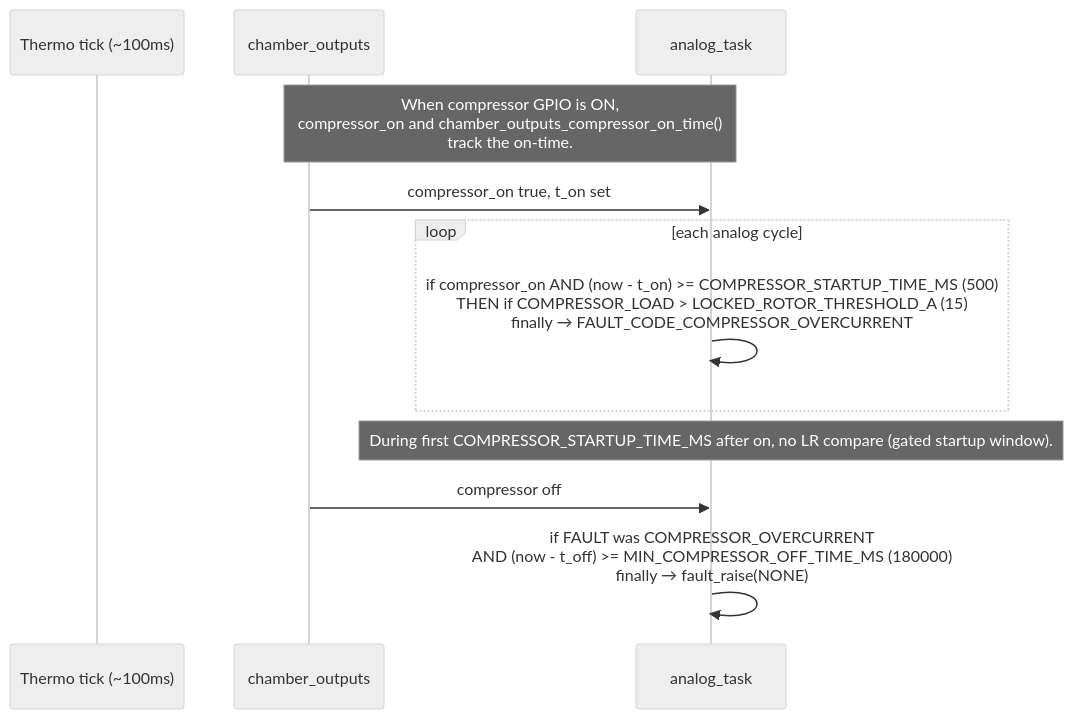
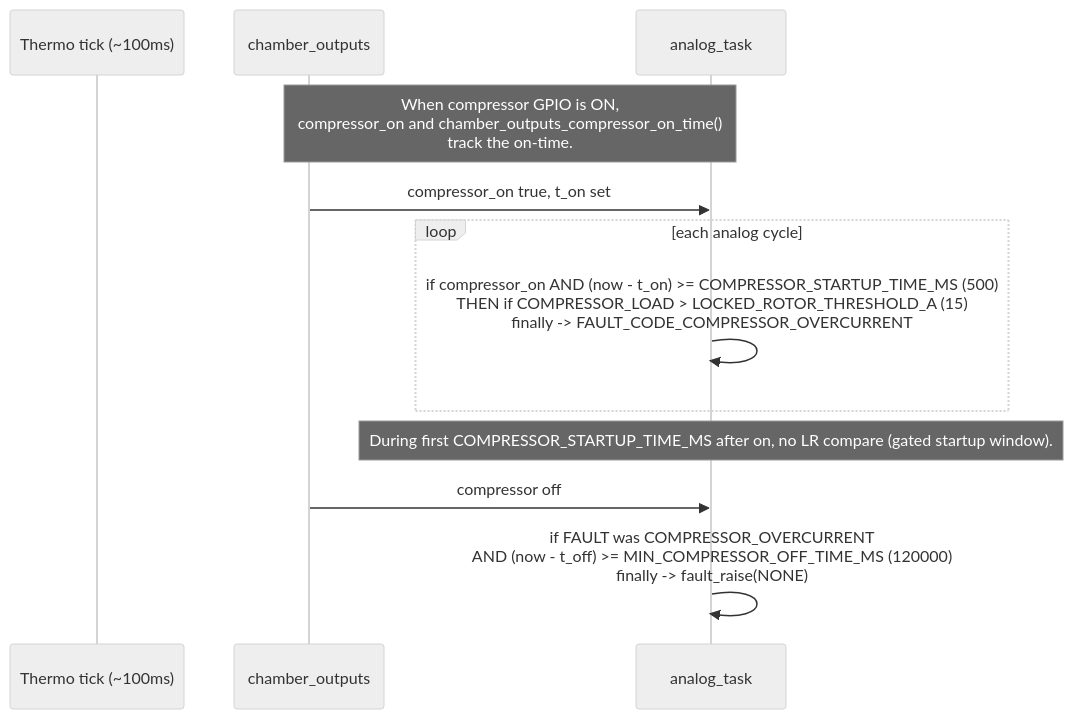
Before and after one commit to Team-Thermocline/Controller: the third of 3 diagrams in Firmware/README.md, drawn with Mermaid (neutral theme). The commit also changed other lines of this file and 13 other files, not shown here.

````diff
--- a/Firmware/README.md
+++ b/Firmware/README.md
@@ -145,18 +166,18 @@
 ```mermaid
 sequenceDiagram
   participant T as Thermo tick (~100ms)
   participant O as chamber_outputs
   participant A as analog_task
 
   Note over O,A: When compressor GPIO is ON, <br> compressor_on and chamber_outputs_compressor_on_time() <br> track the on-time.
 
   O->>A: compressor_on true, t_on set
   loop each analog cycle
-    A->>A: if compressor_on AND (now - t_on) >= COMPRESSOR_STARTUP_TIME_MS (500) <br> THEN if COMPRESSOR_LOAD > LOCKED_ROTOR_THRESHOLD_A (15) <br> finally → FAULT_CODE_COMPRESSOR_OVERCURRENT
+    A->>A: if compressor_on AND (now - t_on) >= COMPRESSOR_STARTUP_TIME_MS (500) <br> THEN if COMPRESSOR_LOAD > LOCKED_ROTOR_THRESHOLD_A (15) <br> finally -> FAULT_CODE_COMPRESSOR_OVERCURRENT
   end
 
   Note over A: During first COMPRESSOR_STARTUP_TIME_MS after on, no LR compare (gated startup window).
 
   O->>A: compressor off
-  A->>A: if FAULT was COMPRESSOR_OVERCURRENT <br> AND (now - t_off) >= MIN_COMPRESSOR_OFF_TIME_MS (180000) <br> finally → fault_raise(NONE)
+  A->>A: if FAULT was COMPRESSOR_OVERCURRENT <br> AND (now - t_off) >= MIN_COMPRESSOR_OFF_TIME_MS (120000) <br> finally -> fault_raise(NONE)
 ```
````
